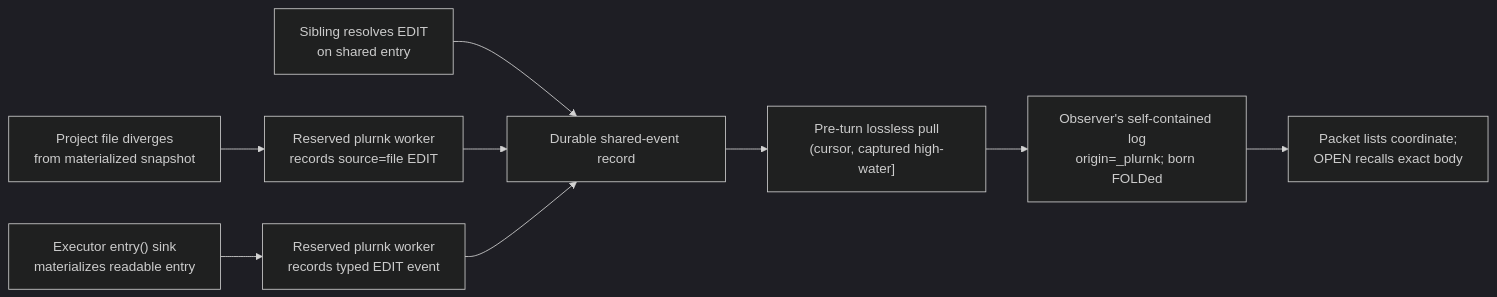
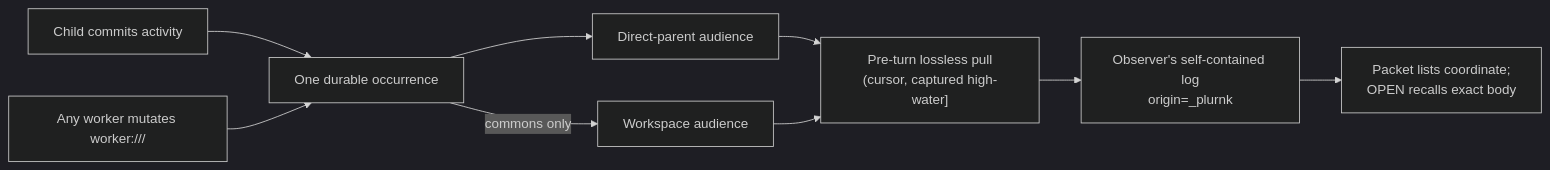
One commit to plurnk/plurnk-service changed diagram 18 of 20 in plurnk-core/SPEC.md. Above: the diagram before and after it, drawn with Mermaid (dark theme). The commit also changed other lines of this file and 31 other files, not shown here.

````diff
--- a/plurnk-core/SPEC.md
+++ b/plurnk-core/SPEC.md
@@ -3047,11 +3075,11 @@
 ```mermaid
 flowchart LR
-    sibling["Sibling resolves EDIT<br/>on shared entry"] --> events["Durable shared-event record"]
-    disk["Project file diverges<br/>from materialized snapshot"] --> kernel["Reserved plurnk worker<br/>records source=file EDIT"]
-    sink["Executor entry() sink<br/>materializes readable entry"] --> typed["Reserved plurnk worker<br/>records typed EDIT event"]
-    kernel --> events
-    typed --> events
-    events --> pull["Pre-turn lossless pull<br/>(cursor, captured high-water]"]
-    pull --> log["Observer's self-contained log<br/>origin=_plurnk; born FOLDed"]
+    child["Child commits activity"] --> event["One durable occurrence"]
+    commons["Any worker mutates worker:///"] --> event
+    event --> parent["Direct-parent audience"]
+    event -->|"commons only"| global["Workspace audience"]
+    parent --> pull["Pre-turn lossless pull<br/>(cursor, captured high-water]"]
+    global --> pull
+    pull --> log["Observer's self-contained log<br/>origin=_plurnk"]
     log --> packet["Packet lists coordinate;<br/>OPEN recalls exact body"]
 ```
````
